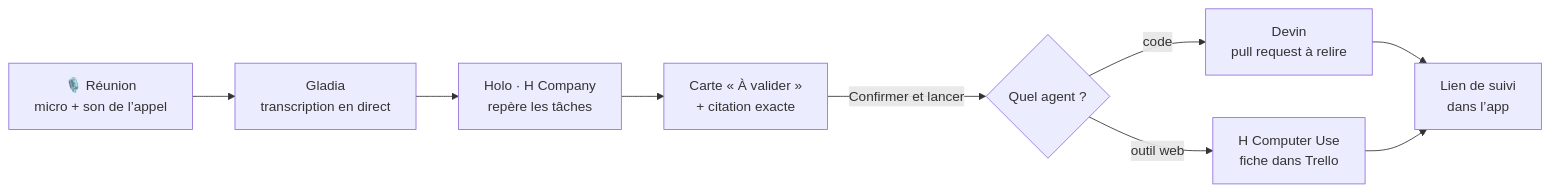
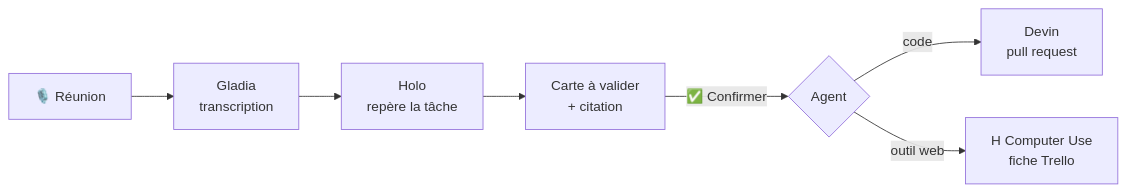
One commit to Firmirsa/Meetin-OS changed the diagram in README.md. Above: the diagram before and after it, drawn with Mermaid. The commit also changed other lines of this file and 1 other file, not shown here.

````diff
--- a/README.md
+++ b/README.md
@@ -49,11 +52,9 @@
 ```mermaid
 flowchart LR
-    A["🎙️ Réunion<br/>micro + son de l’appel"] --> B["Gladia<br/>transcription en direct"]
-    B --> C["Holo · H Company<br/>repère les tâches"]
-    C --> D["Carte « À valider »<br/>+ citation exacte"]
-    D -->|Confirmer et lancer| E{"Quel agent ?"}
-    E -->|code| F["Devin<br/>pull request à relire"]
-    E -->|outil web| G["H Computer Use<br/>fiche dans Trello"]
-    F --> H["Lien de suivi<br/>dans l’app"]
-    G --> H
+    A["🎙️ Réunion"] --> B["Gladia<br/>transcription"]
+    B --> C["Holo<br/>repère la tâche"]
+    C --> D["Carte à valider<br/>+ citation"]
+    D -->|"✅ Confirmer"| E{"Agent"}
+    E -->|code| F["Devin<br/>pull request"]
+    E -->|outil web| G["H Computer Use<br/>fiche Trello"]
 ```
````
